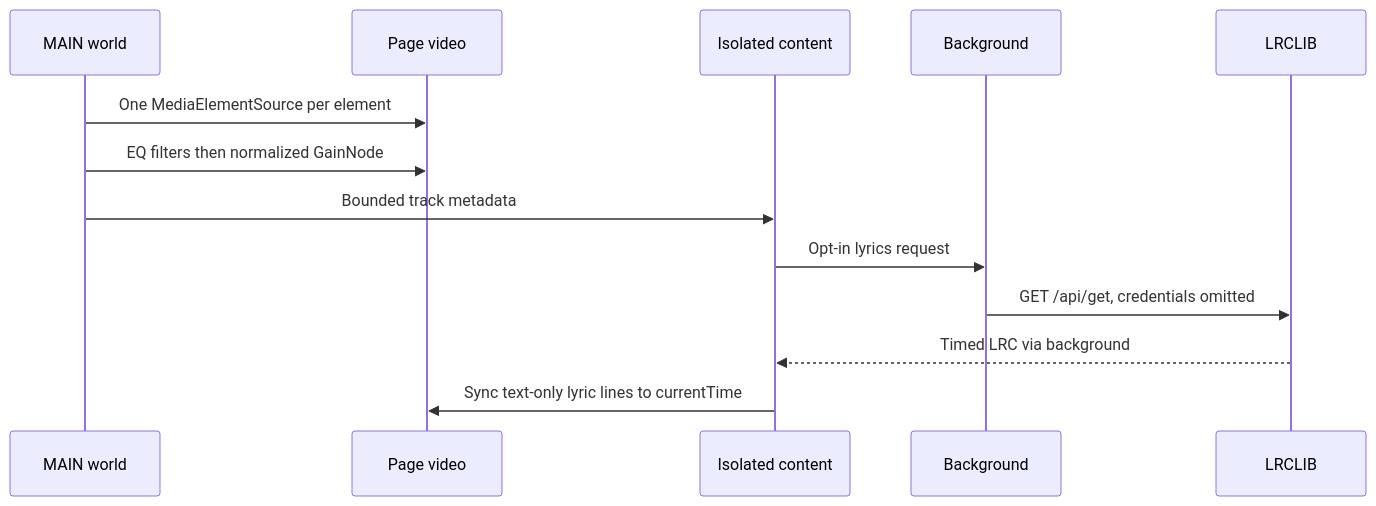
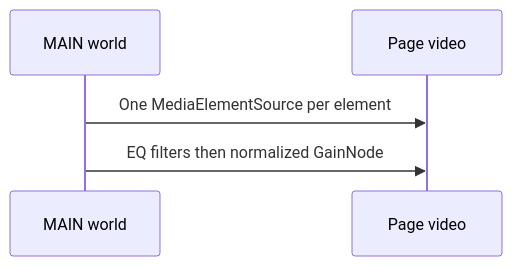
The ninth of 11 diagrams in docs/architecture/README.md (animeshkundu/youtube-audio), drawn with Mermaid before and after one commit. The commit also changed other lines of this file and 92 other files, not shown here.

````diff
--- a/docs/architecture/README.md
+++ b/docs/architecture/README.md
@@ -207,16 +241,8 @@
 ```mermaid
 sequenceDiagram
     participant Main as MAIN world
     participant Video as Page video
-    participant Content as Isolated content
-    participant Background as Background
-    participant LRCLIB as LRCLIB
 
     Main->>Video: One MediaElementSource per element
     Main->>Video: EQ filters then normalized GainNode
-    Main->>Content: Bounded track metadata
-    Content->>Background: Opt-in lyrics request
-    Background->>LRCLIB: GET /api/get, credentials omitted
-    LRCLIB-->>Content: Timed LRC via background
-    Content->>Video: Sync text-only lyric lines to currentTime
 ```
````
